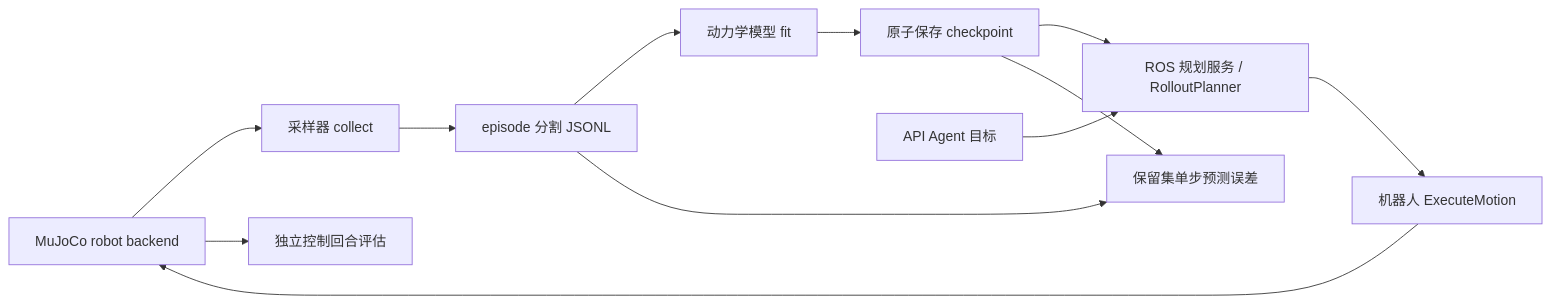
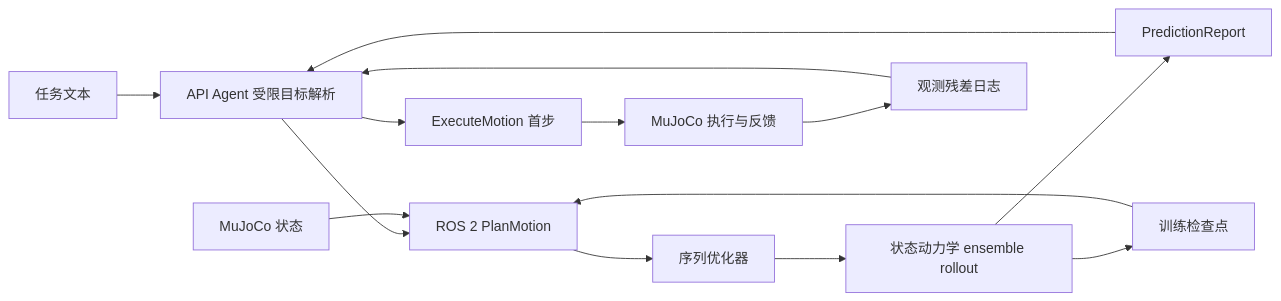
Before and after one commit to KD-CHL/world-model-agent-lab: the diagram in docs/11_planning_world_model_pipeline.md, drawn with Mermaid. The commit also changed other lines of this file and 26 other files, not shown here.

````diff
--- a/docs/11_planning_world_model_pipeline.md
+++ b/docs/11_planning_world_model_pipeline.md
@@ -13,14 +18,16 @@
 ```mermaid
 flowchart LR
-  M[MuJoCo robot backend] --> C[采样器 collect]
-  C --> D[episode 分割 JSONL]
-  D --> T[动力学模型 fit]
-  T --> K[原子保存 checkpoint]
-  K --> P[ROS 规划服务 / RolloutPlanner]
-  A[API Agent 目标] --> P
-  P --> X[机器人 ExecuteMotion]
-  X --> M
-  D --> V[保留集单步预测误差]
-  K --> V
-  M --> E[独立控制回合评估]
+  U[任务文本] --> A[API Agent 受限目标解析]
+  A --> P[ROS 2 PlanMotion]
+  O[MuJoCo 状态] --> P
+  P --> C[序列优化器]
+  C --> M[状态动力学 ensemble rollout]
+  M --> R[PredictionReport]
+  R --> A
+  A --> X[ExecuteMotion 首步]
+  X --> S[MuJoCo 执行与反馈]
+  S --> D[观测残差日志]
+  D --> A
+  M --> T[训练检查点]
+  T --> P
 ```
````
